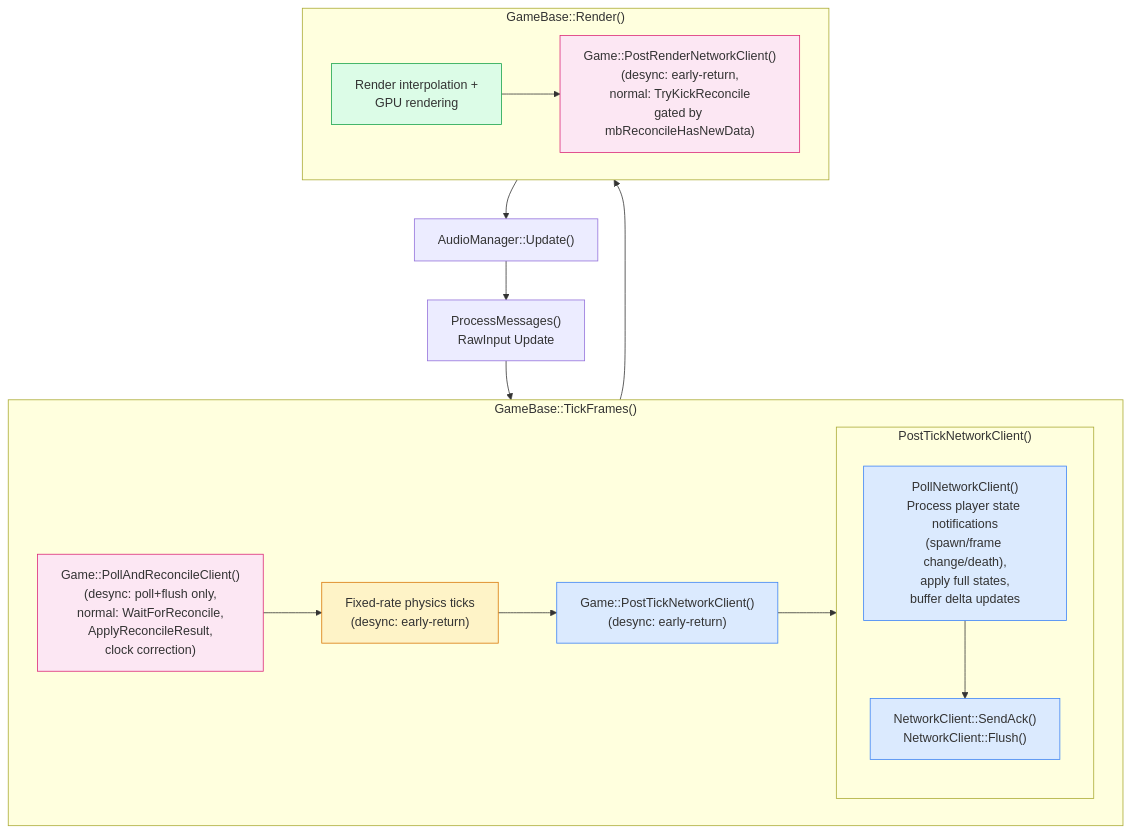
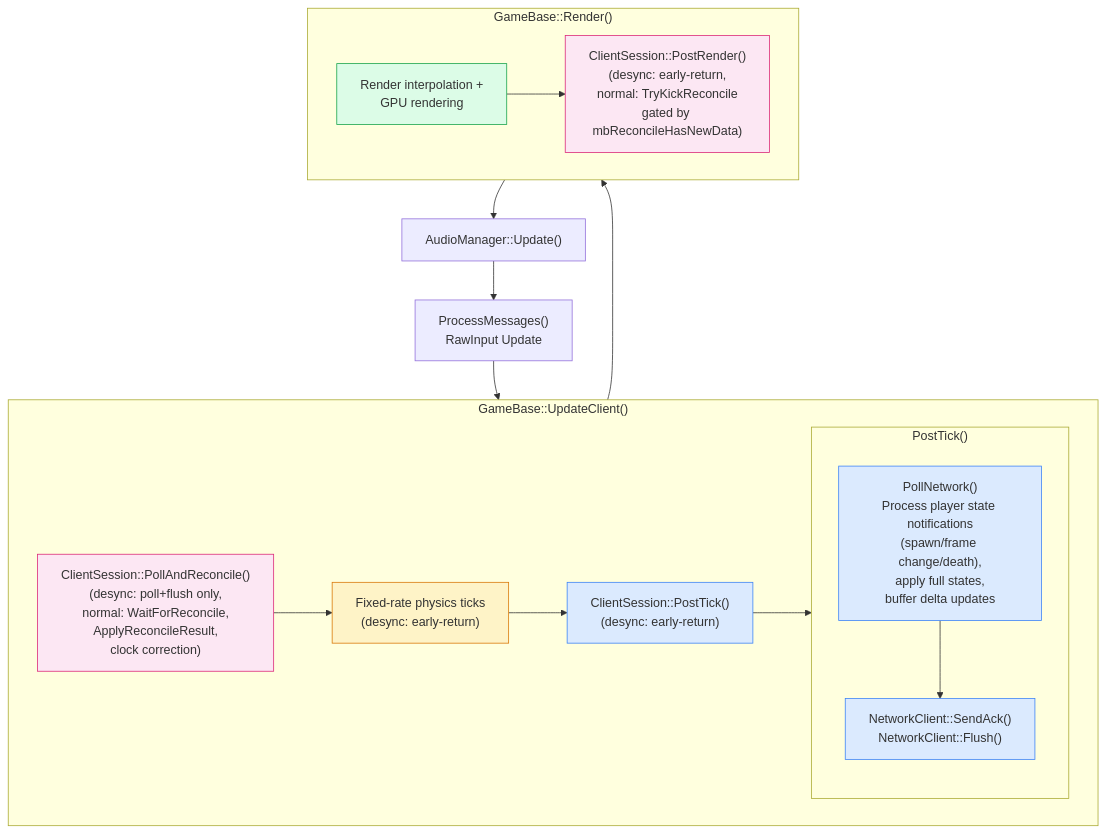
The third of 4 diagrams in Documents/Architecture/GameReconciliation.md (DougTanner/BrokenEnginePublic), drawn with Mermaid before and after one commit. The commit also changed other lines of this file and 52 other files, not shown here.

Commit message:
Refactoring network out of game

````diff
--- a/Documents/Architecture/GameReconciliation.md
+++ b/Documents/Architecture/GameReconciliation.md
@@ -83,37 +83,37 @@
 ```mermaid
 %%{init: {'theme': 'default'}}%%
 flowchart TD
     classDef network fill:#dbeafe,stroke:#3b82f6
     classDef physics fill:#fef3c7,stroke:#d97706
     classDef render fill:#dcfce7,stroke:#16a34a
     classDef reconcile fill:#fce7f3,stroke:#db2777
 
     MSG["ProcessMessages()<br/>RawInput Update"] --> TICK_FRAMES
 
-    subgraph TICK_FRAMES ["GameBase::TickFrames()"]
-        POLL_RECONCILE["Game::PollAndReconcileClient()<br/>(desync: poll+flush only,<br/>normal: WaitForReconcile,<br/>ApplyReconcileResult,<br/>clock correction)"]:::reconcile
+    subgraph TICK_FRAMES ["GameBase::UpdateClient()"]
+        POLL_RECONCILE["ClientSession::PollAndReconcile()<br/>(desync: poll+flush only,<br/>normal: WaitForReconcile,<br/>ApplyReconcileResult,<br/>clock correction)"]:::reconcile
 
         PHYSICS["Fixed-rate physics ticks<br/>(desync: early-return)"]:::physics
 
-        POST_TICK["Game::PostTickNetworkClient()<br/>(desync: early-return)"]:::network
+        POST_TICK["ClientSession::PostTick()<br/>(desync: early-return)"]:::network
 
-        subgraph post_tick_detail ["PostTickNetworkClient()"]
-            POLL["PollNetworkClient()<br/>Process player state notifications<br/>(spawn/frame change/death),<br/>apply full states,<br/>buffer delta updates"]:::network
+        subgraph post_tick_detail ["PostTick()"]
+            POLL["PollNetwork()<br/>Process player state notifications<br/>(spawn/frame change/death),<br/>apply full states,<br/>buffer delta updates"]:::network
             SEND["NetworkClient::SendAck()<br/>NetworkClient::Flush()"]:::network
             POLL --> SEND
         end
 
         POLL_RECONCILE --> PHYSICS --> POST_TICK --> post_tick_detail
     end
 
     subgraph RENDER_METHOD ["GameBase::Render()"]
         RENDER["Render interpolation +<br/>GPU rendering"]:::render
-        POST_RENDER["Game::PostRenderNetworkClient()<br/>(desync: early-return,<br/>normal: TryKickReconcile<br/>gated by mbReconcileHasNewData)"]:::reconcile
+        POST_RENDER["ClientSession::PostRender()<br/>(desync: early-return,<br/>normal: TryKickReconcile<br/>gated by mbReconcileHasNewData)"]:::reconcile
         RENDER --> POST_RENDER
     end
 
     AUDIO["AudioManager::Update()"]
 
     TICK_FRAMES --> RENDER_METHOD --> AUDIO
     AUDIO --> MSG
 ```
````
